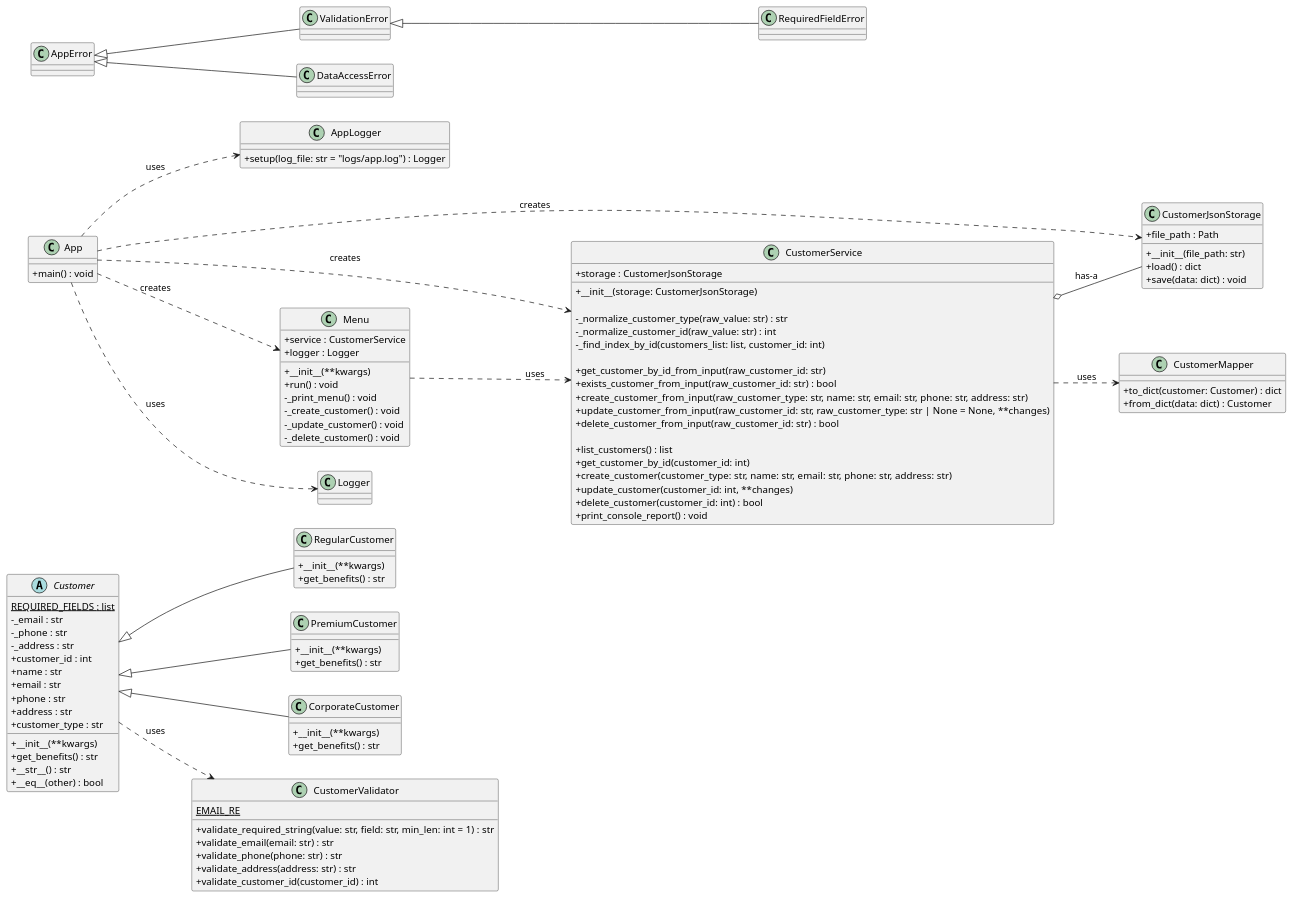
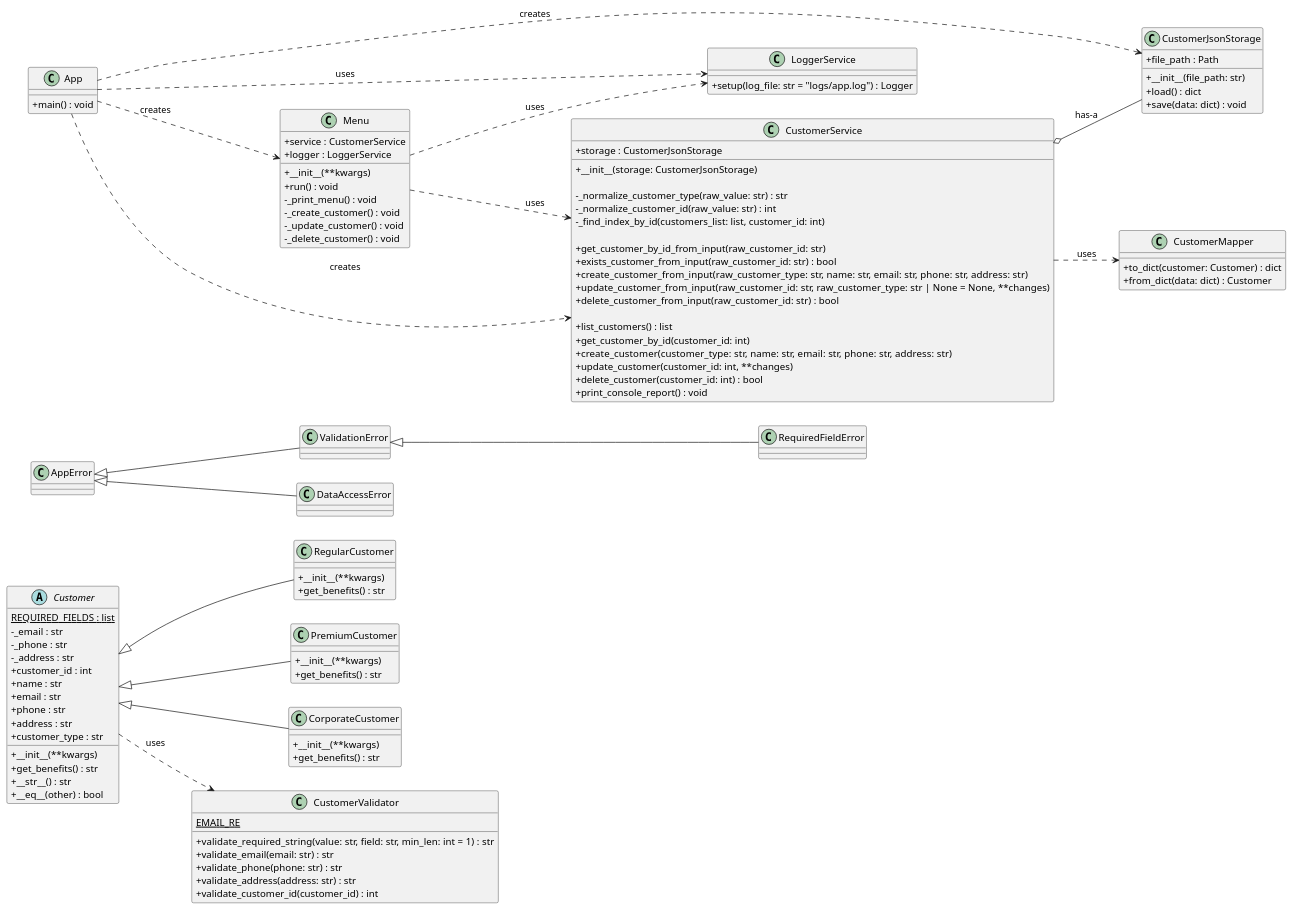
Before and after one commit to marechek/Gestion_Clientes: the diagram in docs/uml/customer_mgn.puml, drawn with PlantUML. The commit also changed 4 other files, not shown here.

```diff
--- a/docs/uml/customer_mgn.puml
+++ b/docs/uml/customer_mgn.puml
@@ -1,147 +1,147 @@
 @startuml customer_mgn.puml
 left to right direction
 skinparam classAttributeIconSize 0
 
 ' =====================
 ' Domain
 ' =====================
 abstract class Customer {
   {static} REQUIRED_FIELDS : list
   - _email : str
   - _phone : str
   - _address : str
   + customer_id : int
   + name : str
   + __init__(**kwargs)
   + email : str
   + phone : str
   + address : str
   + customer_type : str
   + get_benefits() : str
   + __str__() : str
   + __eq__(other) : bool
 }
 
 class RegularCustomer {
   + __init__(**kwargs)
   + get_benefits() : str
 }
 class PremiumCustomer {
   + __init__(**kwargs)
   + get_benefits() : str
 }
 class CorporateCustomer {
   + __init__(**kwargs)
   + get_benefits() : str
 }
 
 Customer <|-- RegularCustomer
 Customer <|-- PremiumCustomer
 Customer <|-- CorporateCustomer
 
 Customer ..> CustomerValidator : uses
 
 ' =====================
 ' Validators
 ' =====================
 class CustomerValidator {
   {static} EMAIL_RE
   + validate_required_string(value: str, field: str, min_len: int = 1) : str
   + validate_email(email: str) : str
   + validate_phone(phone: str) : str
   + validate_address(address: str) : str
   + validate_customer_id(customer_id) : int
-}
-
-' =====================
-' Logging
-' =====================
-class AppLogger {
-  + setup(log_file: str = "logs/app.log") : Logger
 }
 
 ' =====================
 ' Errors / Exceptions
 ' =====================
 class AppError
 class ValidationError
 class RequiredFieldError
 class DataAccessError
 
 AppError <|-- ValidationError
 ValidationError <|-- RequiredFieldError
 AppError <|-- DataAccessError
 
 ' =====================
 ' Persistence / Mapping
 ' =====================
 class CustomerJsonStorage {
   + file_path : Path
   + __init__(file_path: str)
   + load() : dict
   + save(data: dict) : void
 }
 
 class CustomerMapper {
   + to_dict(customer: Customer) : dict
   + from_dict(data: dict) : Customer
 }
 
 ' =====================
 ' Services
 ' =====================
 class CustomerService {
   + storage : CustomerJsonStorage
   + __init__(storage: CustomerJsonStorage)
 
   - _normalize_customer_type(raw_value: str) : str
   - _normalize_customer_id(raw_value: str) : int
   - _find_index_by_id(customers_list: list, customer_id: int)
 
   + get_customer_by_id_from_input(raw_customer_id: str)
   + exists_customer_from_input(raw_customer_id: str) : bool
   + create_customer_from_input(raw_customer_type: str, name: str, email: str, phone: str, address: str)
   + update_customer_from_input(raw_customer_id: str, raw_customer_type: str | None = None, **changes)
   + delete_customer_from_input(raw_customer_id: str) : bool
 
   + list_customers() : list
   + get_customer_by_id(customer_id: int)
   + create_customer(customer_type: str, name: str, email: str, phone: str, address: str)
   + update_customer(customer_id: int, **changes)
   + delete_customer(customer_id: int) : bool
   + print_console_report() : void
 }
 
 CustomerService ..> CustomerMapper : uses
 CustomerService o-- CustomerJsonStorage : has-a
 
 ' =====================
+' Services (Technical)
+' =====================
+class LoggerService {
+  + setup(log_file: str = "logs/app.log") : Logger
+}
+
+' =====================
 ' UI
 ' =====================
 class Menu {
   + service : CustomerService
-  + logger : Logger
+  + logger : LoggerService
   + __init__(**kwargs)
   + run() : void
   - _print_menu() : void
   - _create_customer() : void
   - _update_customer() : void
   - _delete_customer() : void
 }
 
 Menu ..> CustomerService : uses
+Menu ..> LoggerService : uses
 
 ' =====================
 ' Composition Root (main.py)
 ' =====================
 class App {
   + main() : void
 }
 
-App ..> AppLogger : uses
+App ..> LoggerService : uses
 App ..> CustomerJsonStorage : creates
 App ..> CustomerService : creates
 App ..> Menu : creates
-App ..> Logger : uses
 
 @enduml
```
